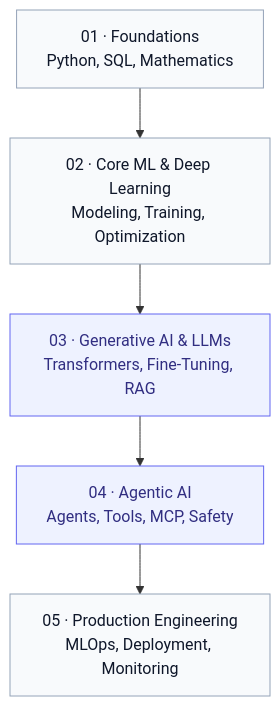
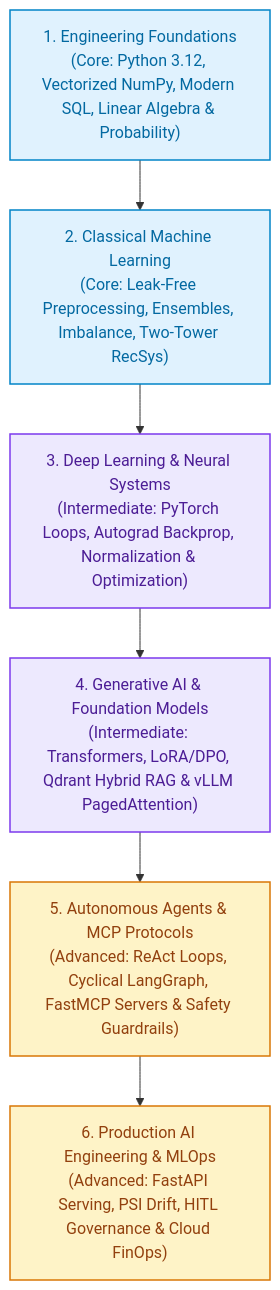
The diagram in README.md (FirdowsRahaman/agentic-ai-and-ml-roadmap), drawn with Mermaid before and after one commit. The commit also changed other lines of this file and 1 other file, not shown here.

````diff
--- a/README.md
+++ b/README.md
@@ -33,16 +49,19 @@
 ```mermaid
 flowchart TD
-    A["01 · Foundations<br/>Python, SQL, Mathematics"] 
-    B["02 · Core ML & Deep Learning<br/>Modeling, Training, Optimization"]
-    C["03 · Generative AI & LLMs<br/>Transformers, Fine-Tuning, RAG"]
-    D["04 · Agentic AI<br/>Agents, Tools, MCP, Safety"]
-    E["05 · Production Engineering<br/>MLOps, Deployment, Monitoring"]
+    T1["1. Engineering Foundations<br/>(Core: Python 3.12, Vectorized NumPy, Modern SQL, Linear Algebra & Probability)"]
+    T2["2. Classical Machine Learning<br/>(Core: Leak-Free Preprocessing, Ensembles, Imbalance, Two-Tower RecSys)"]
+    T3["3. Deep Learning & Neural Systems<br/>(Intermediate: PyTorch Loops, Autograd Backprop, Normalization & Optimization)"]
+    T4["4. Generative AI & Foundation Models<br/>(Intermediate: Transformers, LoRA/DPO, Qdrant Hybrid RAG & vLLM PagedAttention)"]
+    T5["5. Autonomous Agents & MCP Protocols<br/>(Advanced: ReAct Loops, Cyclical LangGraph, FastMCP Servers & Safety Guardrails)"]
+    T6["6. Production AI Engineering & MLOps<br/>(Advanced: FastAPI Serving, PSI Drift, HITL Governance & Cloud FinOps)"]
 
-    A --> B --> C --> D --> E
+    T1 --> T2 --> T3 --> T4 --> T5 --> T6
 
-    style A fill:#F8FAFC,stroke:#94A3B8,color:#0F172A
-    style B fill:#F8FAFC,stroke:#94A3B8,color:#0F172A
-    style C fill:#EEF2FF,stroke:#6366F1,color:#312E81
-    style D fill:#EEF2FF,stroke:#6366F1,color:#312E81
-    style E fill:#F8FAFC,stroke:#94A3B8,color:#0F172A
+    classDef c fill:#E0F2FE,stroke:#0284C7,stroke-width:1.5px,color:#0369A1;
+    classDef i fill:#EDE9FE,stroke:#7C3AED,stroke-width:1.5px,color:#4C1D95;
+    classDef a fill:#FEF3C7,stroke:#D97706,stroke-width:1.5px,color:#92400E;
+
+    class T1,T2 c;
+    class T3,T4 i;
+    class T5,T6 a;
 ```
````
